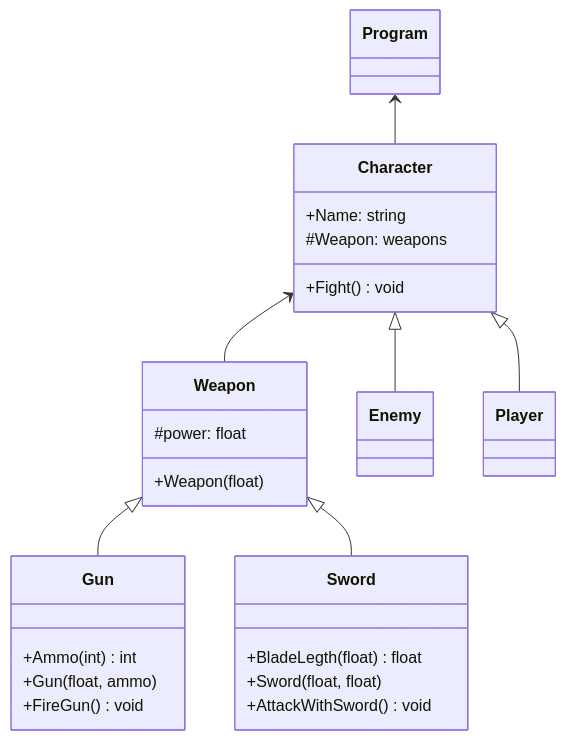
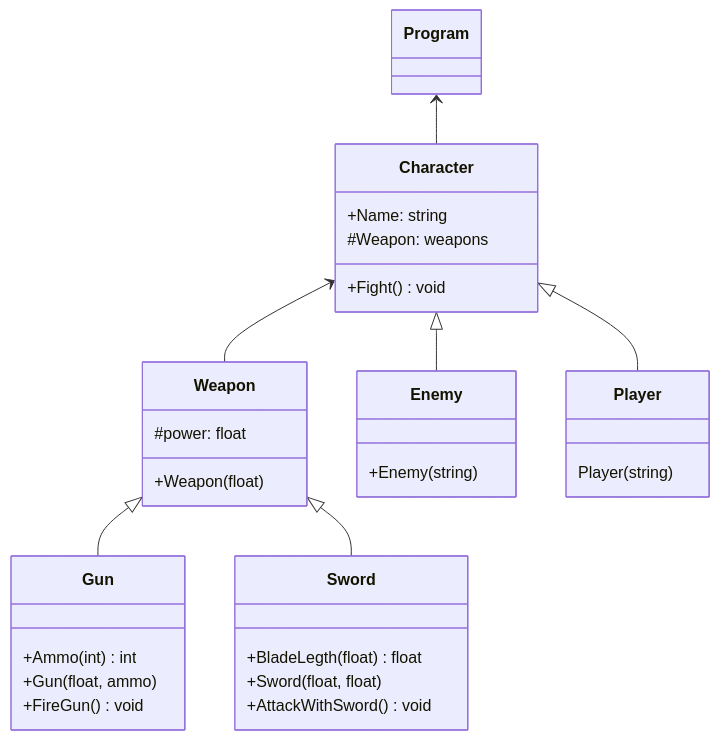
The diagram in README.md (FabioRibeiro404/LP1Semana07), drawn with Mermaid before and after one commit.

Commit message:
Add Enemy and Player class

````diff
--- a/README.md
+++ b/README.md
@@ -2,39 +2,45 @@
 ```mermaid
 
 classDiagram
 
 Program <-- Character
 Character <-- Weapon
 
 Character <|-- Enemy
 Character <|-- Player
 
 Weapon <|-- Gun
 Weapon <|-- Sword
 
 class Program{
       
 }
 
 class Character{
       +Name: string
       #Weapon: weapons
       +Fight() void
 }
 class Weapon{
       #power: float
       +Weapon(float)
 }
 class Gun{
       +Ammo(int) int
       +Gun(float, ammo)
       +FireGun() void
 }
 class Sword{
       +BladeLegth(float) float
       +Sword(float, float)
       +AttackWithSword() void
 }
+class Enemy{
+      +Enemy(string)
+}
+class Player{
+      Player(string)
+}
 
 
 ```
````
